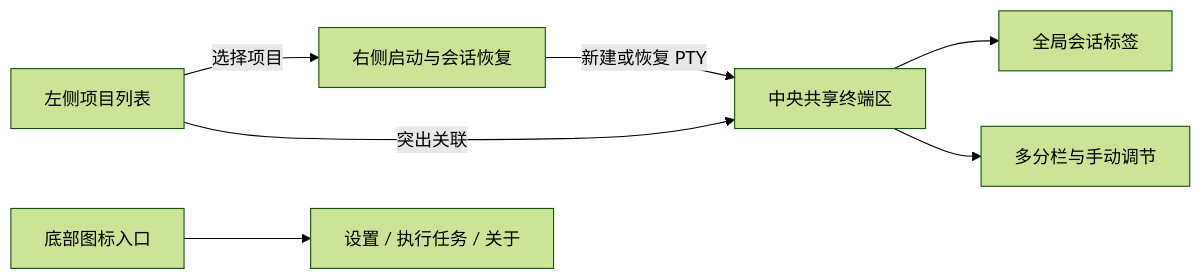
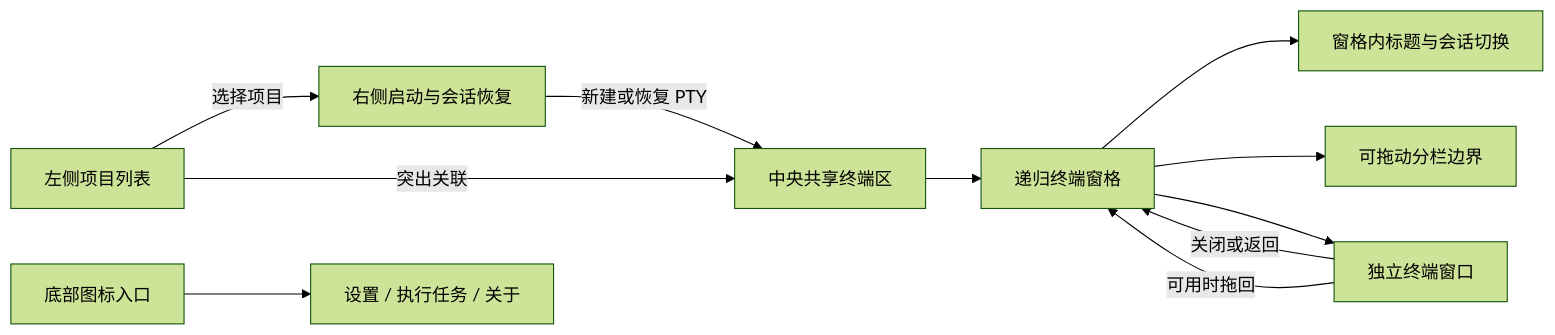
Before and after one commit to SkyJourney/cli-launchpad: the diagram in docs/ui-design.md, drawn with Mermaid (forest theme). The commit also changed other lines of this file and 36 other files, not shown here.

````diff
--- a/docs/ui-design.md
+++ b/docs/ui-design.md
@@ -18,9 +20,13 @@
 ```mermaid
 flowchart LR
   projects["左侧项目列表"] -->|选择项目| context["右侧启动与会话恢复"]
   projects -->|突出关联| workspace["中央共享终端区"]
   context -->|新建或恢复 PTY| workspace
-  workspace --> tabs["全局会话标签"]
-  workspace --> panes["多分栏与手动调节"]
+  workspace --> panes["递归终端窗格"]
+  panes --> localTabs["窗格内标题与会话切换"]
+  panes --> sashes["可拖动分栏边界"]
+  panes --> popout["独立终端窗口"]
+  popout -->|关闭或返回| panes
+  popout -->|可用时拖回| panes
   auxiliary["底部图标入口"] --> settings["设置 / 执行任务 / 关于"]
 ```
````
